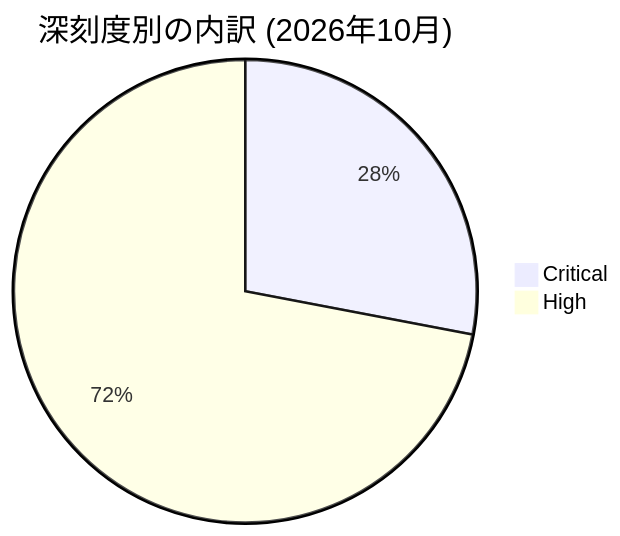
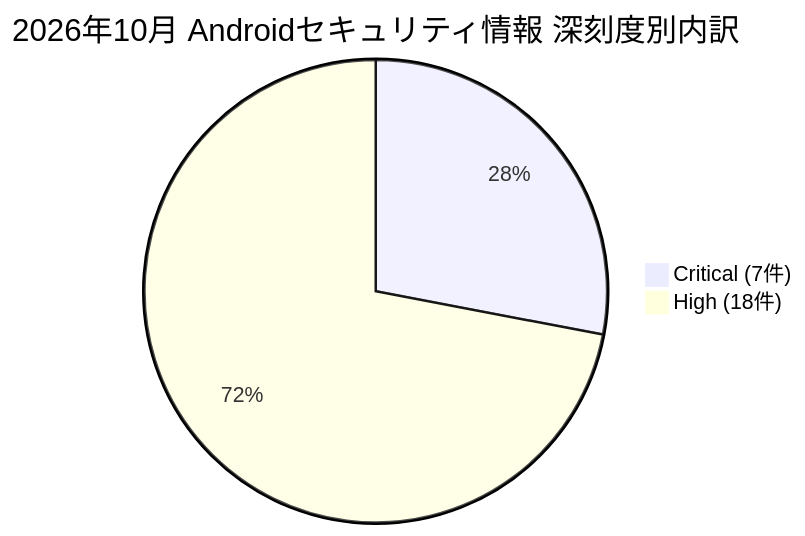
The diagram in entries/android-security-bulletin/2026-10/asb-2026-10-summary.md (PontaMk13/android-spec-agent), drawn with Mermaid before and after one commit. The commit also changed other lines of this file and 3 other files, not shown here.

````diff
--- a/entries/android-security-bulletin/2026-10/asb-2026-10-summary.md
+++ b/entries/android-security-bulletin/2026-10/asb-2026-10-summary.md
@@ -15,5 +15,5 @@
 ```mermaid
-pie title 深刻度別の内訳 (2026年10月)
-    "Critical" : 7
-    "High" : 18
+pie title 2026年10月 Androidセキュリティ情報 深刻度別内訳
+    "Critical (7件)" : 7
+    "High (18件)" : 18
 ```
````
